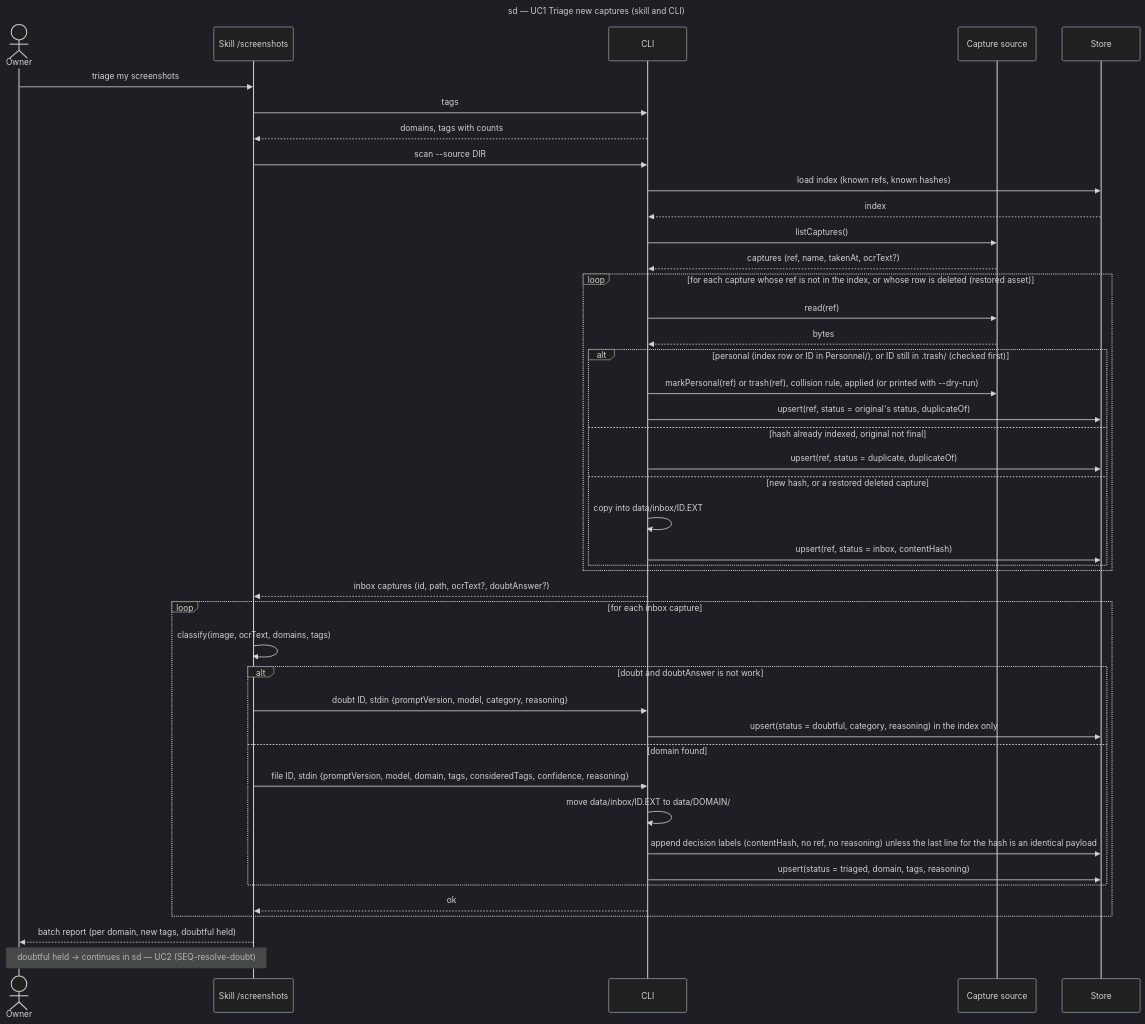
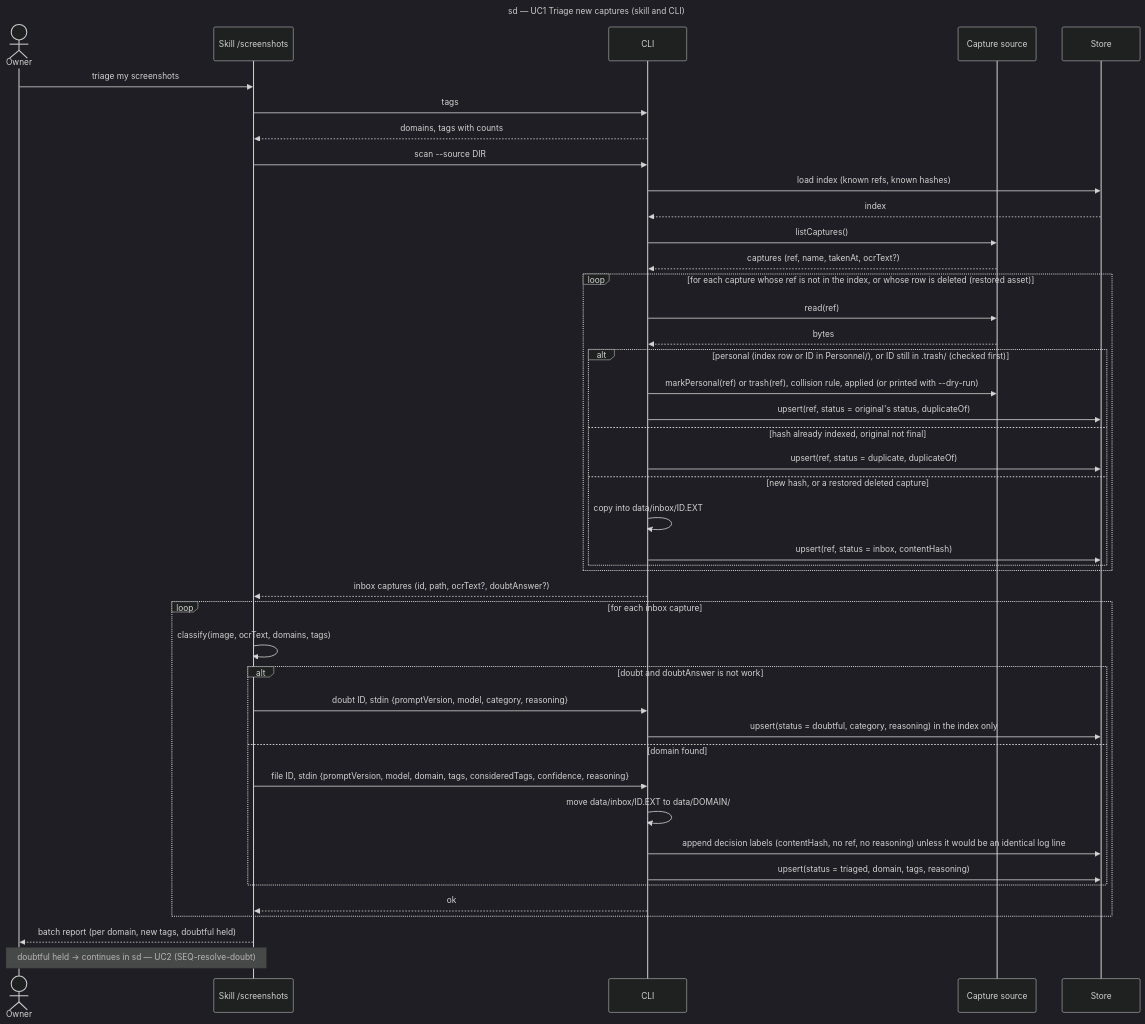
One commit to benoit-bremaud/screenshot-triage changed the diagram in docs/architecture/diagrams/triage/02-sequence-triage-batch.md. Above: the diagram before and after it, drawn with Mermaid (dark theme). The commit also changed other lines of this file and 6 other files, not shown here.

First line of the commit message:
docs(triage/architecture): define the identical log line and close the review report

````diff
--- a/docs/architecture/diagrams/triage/02-sequence-triage-batch.md
+++ b/docs/architecture/diagrams/triage/02-sequence-triage-batch.md
@@ -14,46 +14,46 @@
 ```mermaid
 sequenceDiagram
   title sd — UC1 Triage new captures (skill and CLI)
   actor Owner
   participant Skill as Skill /screenshots
   participant CLI as CLI
   participant Source as Capture source
   participant Store as Store
   Owner->>Skill: triage my screenshots
   Skill->>CLI: tags
   CLI-->>Skill: domains, tags with counts
   Skill->>CLI: scan --source DIR
   CLI->>Store: load index (known refs, known hashes)
   Store-->>CLI: index
   CLI->>Source: listCaptures()
   Source-->>CLI: captures (ref, name, takenAt, ocrText?)
   loop for each capture whose ref is not in the index, or whose row is deleted (restored asset)
     CLI->>Source: read(ref)
     Source-->>CLI: bytes
     alt personal (index row or ID in Personnel/), or ID still in .trash/ (checked first)
       CLI->>Source: markPersonal(ref) or trash(ref), collision rule, applied (or printed with --dry-run)
       CLI->>Store: upsert(ref, status = original's status, duplicateOf)
     else hash already indexed, original not final
       CLI->>Store: upsert(ref, status = duplicate, duplicateOf)
     else new hash, or a restored deleted capture
       CLI->>CLI: copy into data/inbox/ID.EXT
       CLI->>Store: upsert(ref, status = inbox, contentHash)
     end
   end
   CLI-->>Skill: inbox captures (id, path, ocrText?, doubtAnswer?)
   loop for each inbox capture
     Skill->>Skill: classify(image, ocrText, domains, tags)
     alt doubt and doubtAnswer is not work
       Skill->>CLI: doubt ID, stdin {promptVersion, model, category, reasoning}
       CLI->>Store: upsert(status = doubtful, category, reasoning) in the index only
     else domain found
       Skill->>CLI: file ID, stdin {promptVersion, model, domain, tags, consideredTags, confidence, reasoning}
       CLI->>CLI: move data/inbox/ID.EXT to data/DOMAIN/
-      CLI->>Store: append decision labels (contentHash, no ref, no reasoning) unless the last line for the hash is an identical payload
+      CLI->>Store: append decision labels (contentHash, no ref, no reasoning) unless it would be an identical log line
       CLI->>Store: upsert(status = triaged, domain, tags, reasoning)
     end
     CLI-->>Skill: ok
   end
   Skill-->>Owner: batch report (per domain, new tags, doubtful held)
   Note over Owner,Skill: doubtful held → continues in sd — UC2 (SEQ-resolve-doubt)
 ```
````
